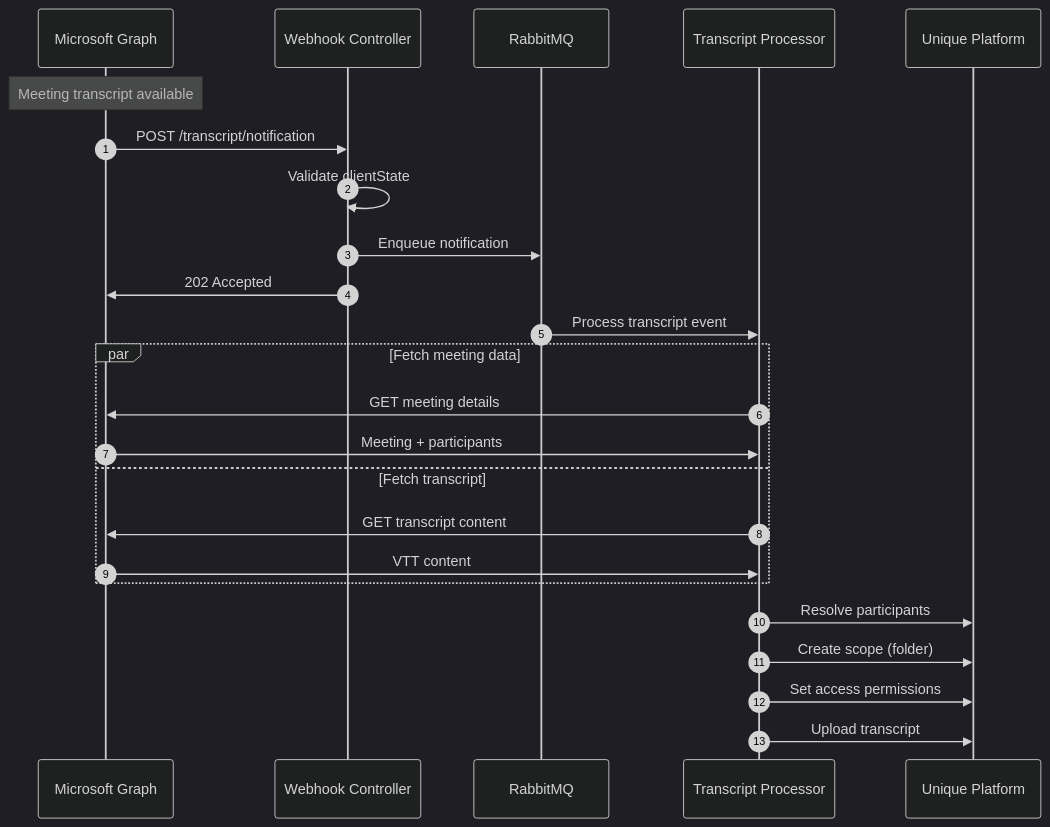
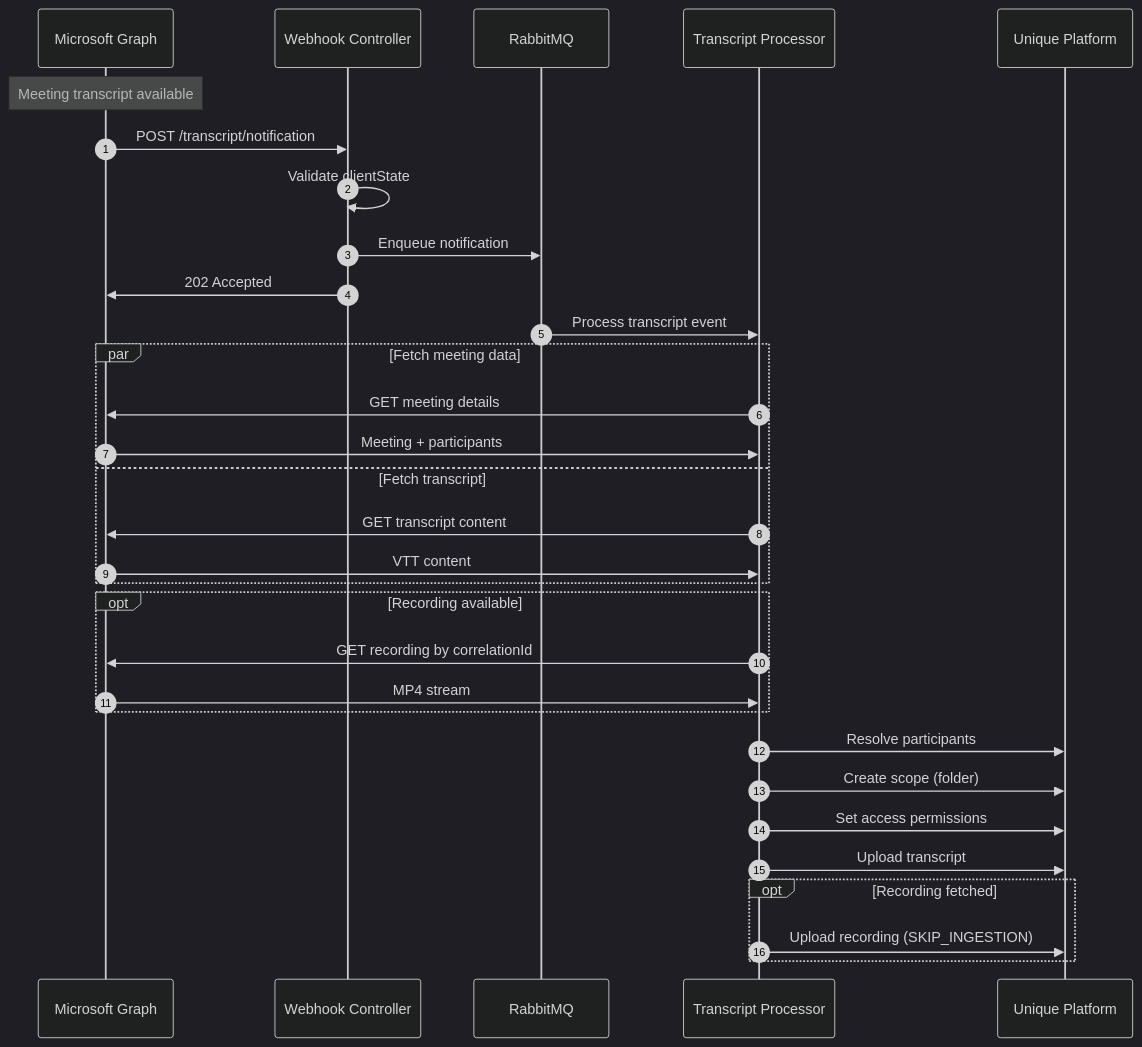
The third of 4 diagrams in services/teams-mcp/docs/README.md (Unique-AG/connectors), drawn with Mermaid (dark theme) before and after one commit. The commit also changed other lines of this file and 15 other files, not shown here.

````diff
--- a/services/teams-mcp/docs/README.md
+++ b/services/teams-mcp/docs/README.md
@@ -198,30 +201,38 @@
 ```mermaid
 sequenceDiagram
     autonumber
     participant Graph as Microsoft Graph
     participant API as Webhook Controller
     participant Queue as RabbitMQ
     participant Processor as Transcript Processor
     participant Unique as Unique Platform
 
     Note over Graph: Meeting transcript available
     Graph->>API: POST /transcript/notification
     API->>API: Validate clientState
     API->>Queue: Enqueue notification
     API->>Graph: 202 Accepted
 
     Queue->>Processor: Process transcript event
 
     par Fetch meeting data
         Processor->>Graph: GET meeting details
         Graph->>Processor: Meeting + participants
     and Fetch transcript
         Processor->>Graph: GET transcript content
         Graph->>Processor: VTT content
     end
 
+    opt Recording available
+        Processor->>Graph: GET recording by correlationId
+        Graph->>Processor: MP4 stream
+    end
+
     Processor->>Unique: Resolve participants
     Processor->>Unique: Create scope (folder)
     Processor->>Unique: Set access permissions
     Processor->>Unique: Upload transcript
+    opt Recording fetched
+        Processor->>Unique: Upload recording (SKIP_INGESTION)
+    end
 ```
````
